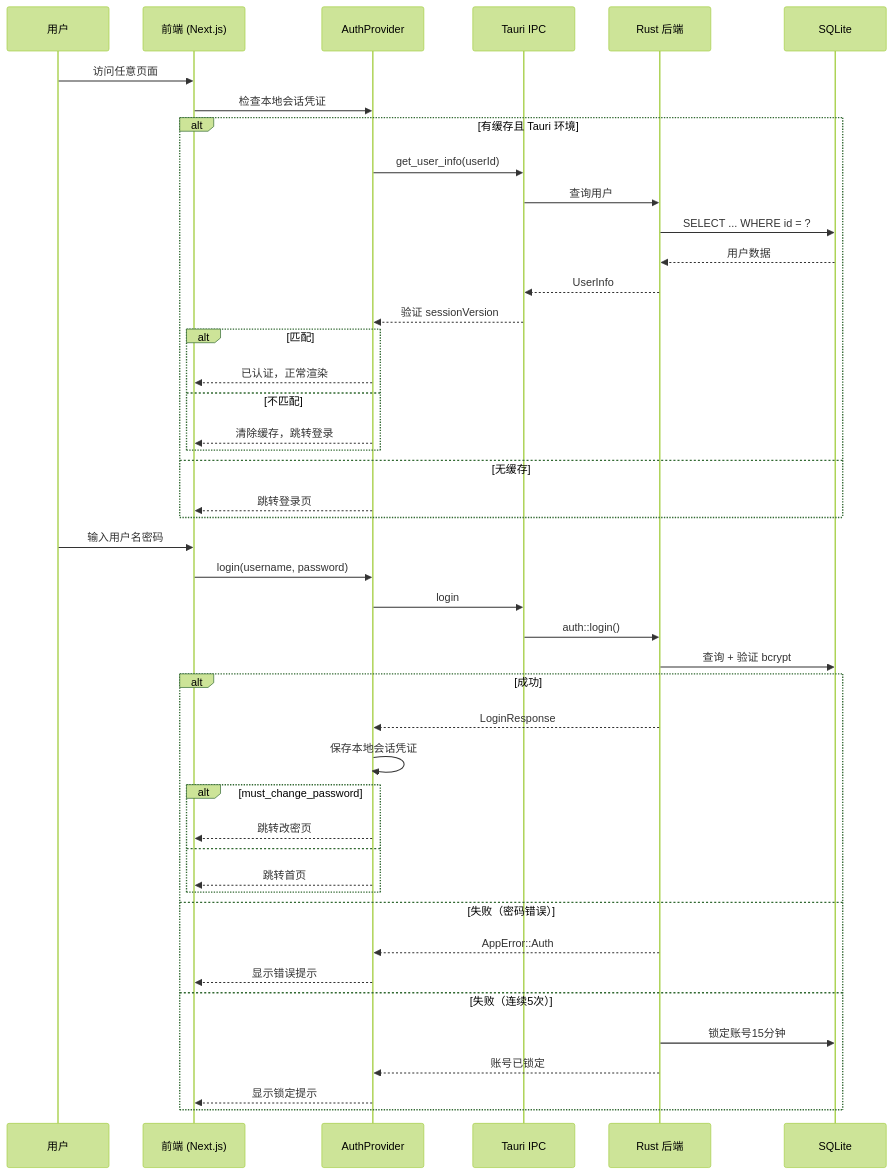
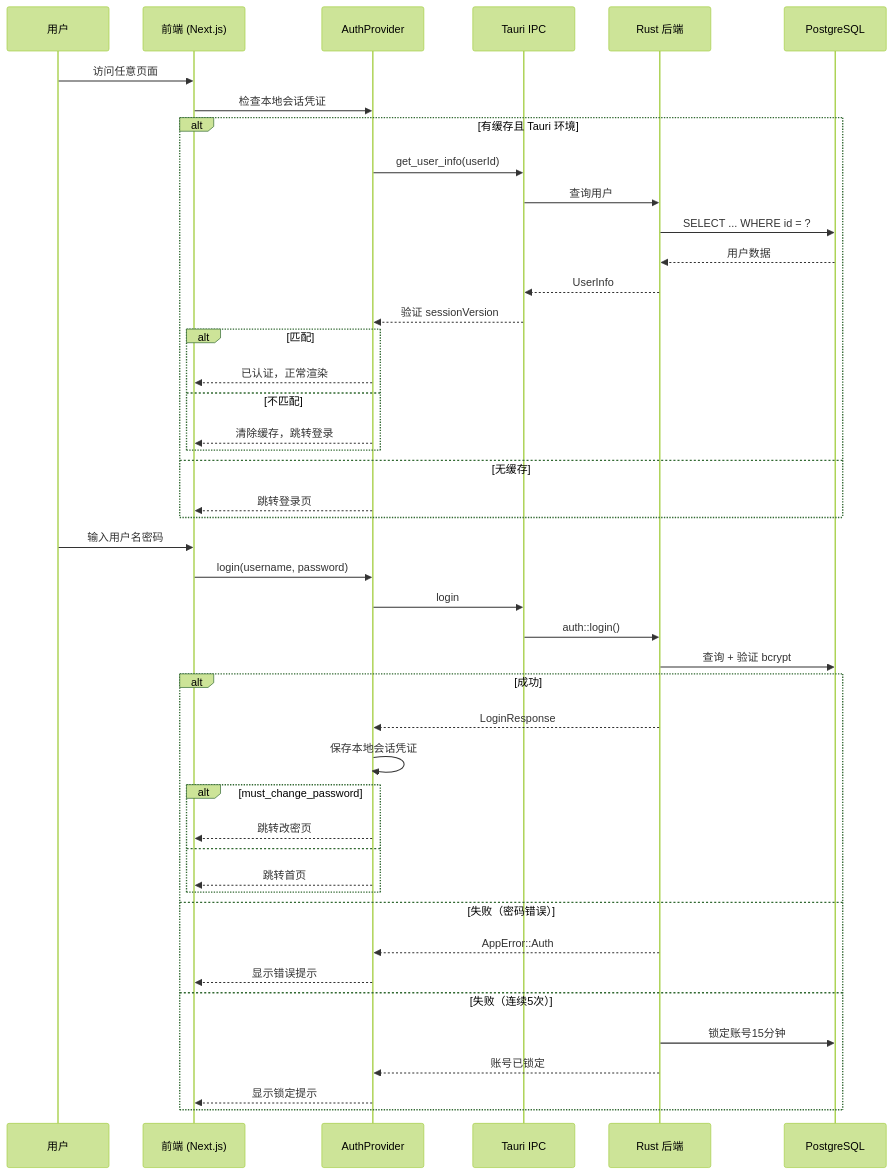
One commit to kurisu994/CloudPivot changed the second of 2 diagrams in README.md. Above: the diagram before and after it, drawn with Mermaid (forest theme). The commit also changed other lines of this file and 1 other file, not shown here.

First line of the commit message:
docs: Update project documentation for PostgreSQL migration and feature completion

````diff
--- a/README.md
+++ b/README.md
@@ -78,49 +78,49 @@
 ```mermaid
 sequenceDiagram
     participant U as 用户
     participant FE as 前端 (Next.js)
     participant AP as AuthProvider
     participant IPC as Tauri IPC
     participant RS as Rust 后端
-    participant DB as SQLite
+    participant DB as PostgreSQL
 
     U->>FE: 访问任意页面
     FE->>AP: 检查本地会话凭证
     alt 有缓存且 Tauri 环境
         AP->>IPC: get_user_info(userId)
         IPC->>RS: 查询用户
         RS->>DB: SELECT ... WHERE id = ?
         DB-->>RS: 用户数据
         RS-->>IPC: UserInfo
         IPC-->>AP: 验证 sessionVersion
         alt 匹配
             AP-->>FE: 已认证，正常渲染
         else 不匹配
             AP-->>FE: 清除缓存，跳转登录
         end
     else 无缓存
         AP-->>FE: 跳转登录页
     end
 
     U->>FE: 输入用户名密码
     FE->>AP: login(username, password)
     AP->>IPC: login
     IPC->>RS: auth::login()
     RS->>DB: 查询 + 验证 bcrypt
     alt 成功
         RS-->>AP: LoginResponse
         AP->>AP: 保存本地会话凭证
         alt must_change_password
             AP-->>FE: 跳转改密页
         else
             AP-->>FE: 跳转首页
         end
     else 失败（密码错误）
         RS-->>AP: AppError::Auth
         AP-->>FE: 显示错误提示
     else 失败（连续5次）
         RS->>DB: 锁定账号15分钟
         RS-->>AP: 账号已锁定
         AP-->>FE: 显示锁定提示
     end
 ```
````
